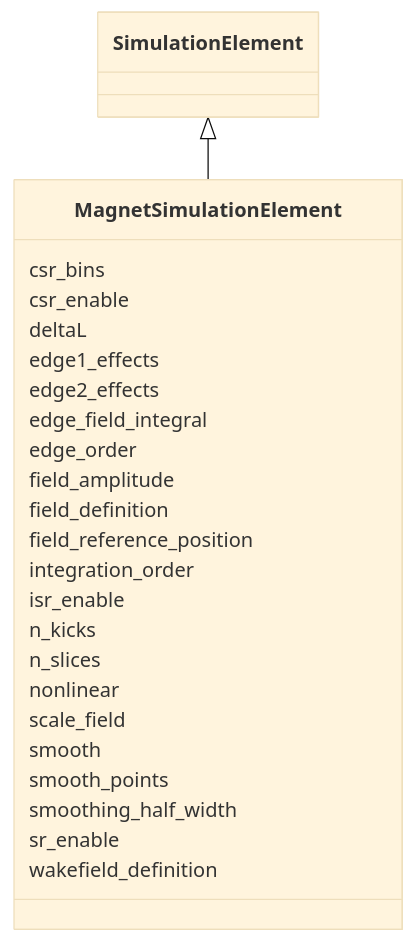
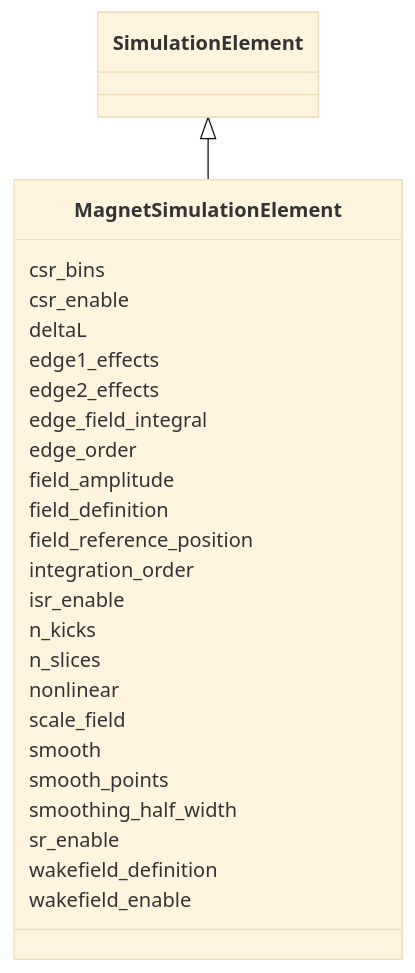
One commit to astec-stfc/laura changed the diagram in docs/source/schema/MagnetSimulationElement.md. Above: the diagram before and after it, drawn with Mermaid (base theme). The commit also changed other lines of this file and 47 other files, not shown here.

First line of the commit message:
Make functional parameters a schema concept; complete PR #4 merge

````diff
--- a/docs/source/schema/MagnetSimulationElement.md
+++ b/docs/source/schema/MagnetSimulationElement.md
@@ -23,51 +23,53 @@
 ```mermaid
  classDiagram
     class MagnetSimulationElement
     click MagnetSimulationElement href "../MagnetSimulationElement/"
       SimulationElement <|-- MagnetSimulationElement
         click SimulationElement href "../SimulationElement/"
       
       MagnetSimulationElement : csr_bins
         
       MagnetSimulationElement : csr_enable
         
       MagnetSimulationElement : deltaL
         
       MagnetSimulationElement : edge1_effects
         
       MagnetSimulationElement : edge2_effects
         
       MagnetSimulationElement : edge_field_integral
         
       MagnetSimulationElement : edge_order
         
       MagnetSimulationElement : field_amplitude
         
       MagnetSimulationElement : field_definition
         
       MagnetSimulationElement : field_reference_position
         
       MagnetSimulationElement : integration_order
         
       MagnetSimulationElement : isr_enable
         
       MagnetSimulationElement : n_kicks
         
       MagnetSimulationElement : n_slices
         
       MagnetSimulationElement : nonlinear
         
       MagnetSimulationElement : scale_field
         
       MagnetSimulationElement : smooth
         
       MagnetSimulationElement : smooth_points
         
       MagnetSimulationElement : smoothing_half_width
         
       MagnetSimulationElement : sr_enable
         
       MagnetSimulationElement : wakefield_definition
         
+      MagnetSimulationElement : wakefield_enable
+        
       
 ```
````
